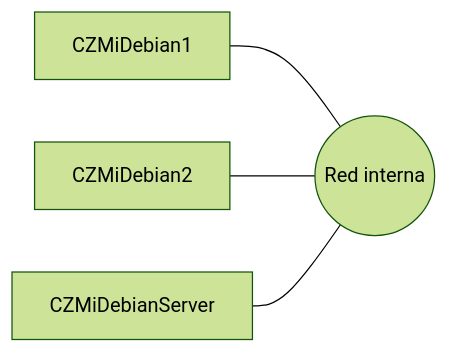
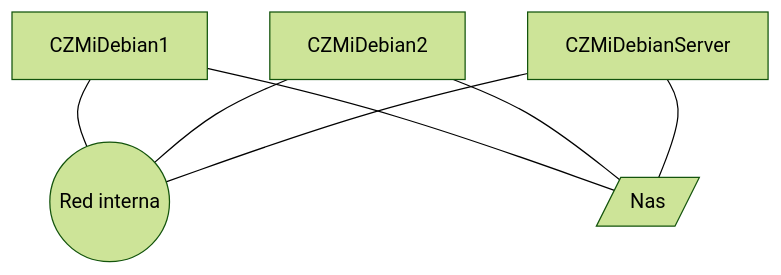
One commit to Adega318/uni-apuntes changed the diagram in 3/3.1/xi/practica/xi-vbox.md. Above: the diagram before and after it, drawn with Mermaid (forest theme). The commit also changed other lines of this file, not shown here.

Commit message:
vault backup: 2023-11-03 13:10:41

````diff
--- a/3/3.1/xi/practica/xi-vbox.md
+++ b/3/3.1/xi/practica/xi-vbox.md
@@ -2,10 +3,14 @@
 ```mermaid
-flowchart LR
+flowchart TD
 	D1[CZMiDebian1]
 	D2[CZMiDebian2]
 	DS[CZMiDebianServer]
+	N[/Nas/]
 	R((Red interna))
 	D1---R
+	D1---N
 	D2---R
+	D2---N
 	DS---R
+	DS---N
 ```
````
